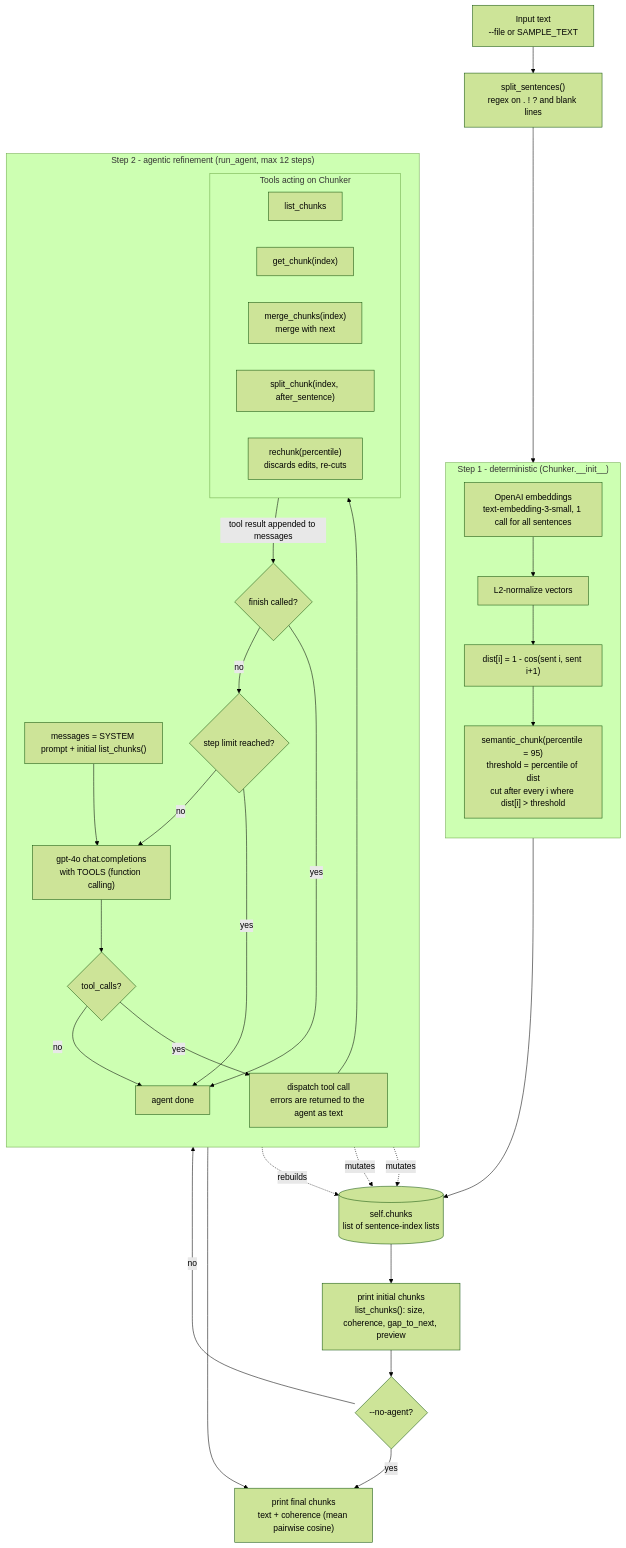
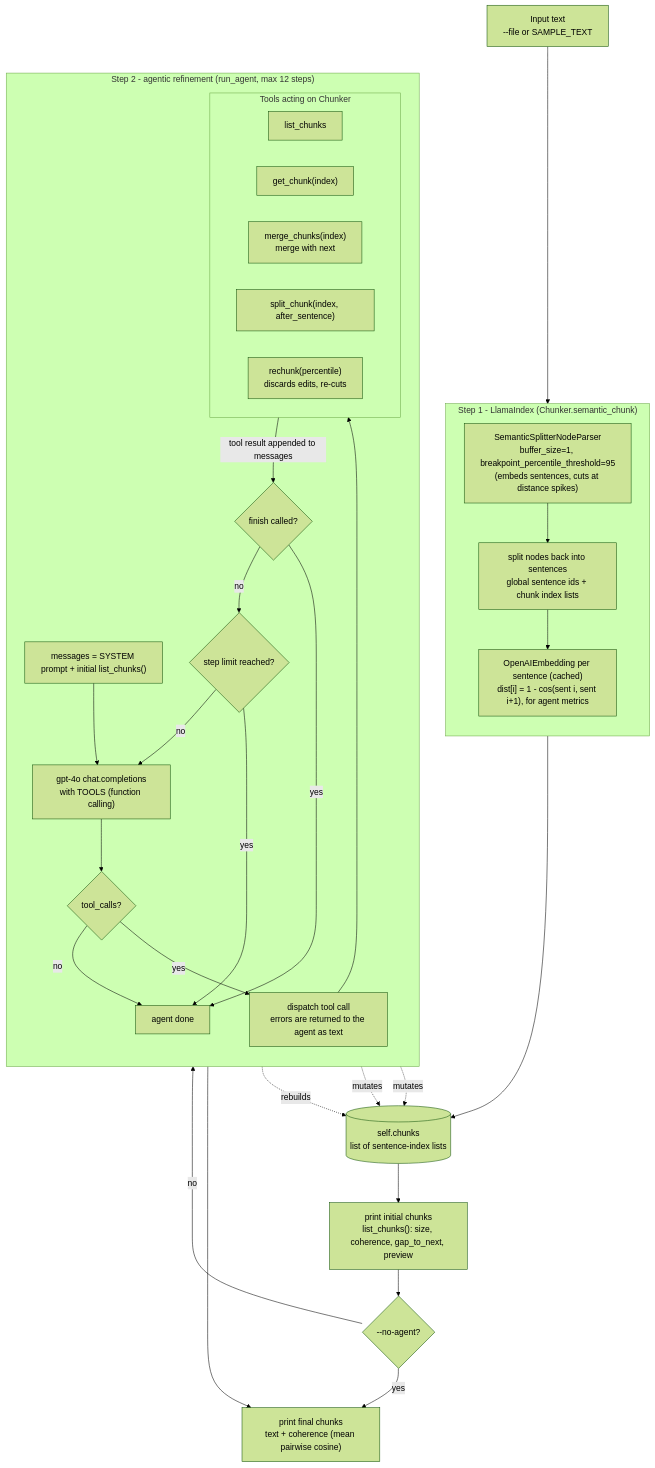
One commit to cognitive-ops/mlops-lab changed the diagram in demo/vectordb/semantic_chunking_agent.mmd. Above: the diagram before and after it, drawn with Mermaid (forest theme). The commit also changed 2 other files, not shown here.

Commit message:
feat: Update requirements and enhance semantic chunking with LlamaIndex integration

```diff
--- a/demo/vectordb/semantic_chunking_agent.mmd
+++ b/demo/vectordb/semantic_chunking_agent.mmd
@@ -1,50 +1,49 @@
 flowchart TD
-    IN["Input text<br/>--file or SAMPLE_TEXT"] --> SS["split_sentences()<br/>regex on . ! ? and blank lines"]
+    IN["Input text<br/>--file or SAMPLE_TEXT"]
 
-    subgraph INIT["Step 1 - deterministic (Chunker.__init__)"]
+    subgraph INIT["Step 1 - LlamaIndex (Chunker.semantic_chunk)"]
         direction TB
-        EMB["OpenAI embeddings<br/>text-embedding-3-small, 1 call for all sentences"]
-        NORM["L2-normalize vectors"]
-        DIST["dist[i] = 1 - cos(sent i, sent i+1)"]
-        SC["semantic_chunk(percentile = 95)<br/>threshold = percentile of dist<br/>cut after every i where dist[i] > threshold"]
-        EMB --> NORM --> DIST --> SC
+        SPL["SemanticSplitterNodeParser<br/>buffer_size=1, breakpoint_percentile_threshold=95<br/>(embeds sentences, cuts at distance spikes)"]
+        RES["split nodes back into sentences<br/>global sentence ids + chunk index lists"]
+        EMB["OpenAIEmbedding per sentence (cached)<br/>dist[i] = 1 - cos(sent i, sent i+1), for agent metrics"]
+        SPL --> RES --> EMB
     end
 
-    SS --> EMB
-    SC --> CH[("self.chunks<br/>list of sentence-index lists")]
+    IN --> SPL
+    EMB --> CH[("self.chunks<br/>list of sentence-index lists")]
     CH --> LC0["print initial chunks<br/>list_chunks(): size, coherence, gap_to_next, preview"]
     LC0 --> NA{"--no-agent?"}
     NA -- yes --> FIN
     NA -- no --> SEED
 
     subgraph AGENT["Step 2 - agentic refinement (run_agent, max 12 steps)"]
         direction TB
         SEED["messages = SYSTEM prompt + initial list_chunks()"]
         LLM["gpt-4o chat.completions<br/>with TOOLS (function calling)"]
         TC{"tool_calls?"}
         DISP["dispatch tool call<br/>errors are returned to the agent as text"]
         subgraph TOOLSET["Tools acting on Chunker"]
             direction LR
             T1["list_chunks"]
             T2["get_chunk(index)"]
             T3["merge_chunks(index)<br/>merge with next"]
             T4["split_chunk(index, after_sentence)"]
             T5["rechunk(percentile)<br/>discards edits, re-cuts"]
         end
         FN{"finish called?"}
         LIM{"step limit reached?"}
         SEED --> LLM --> TC
         TC -- no --> OUT
         TC -- yes --> DISP --> TOOLSET
         TOOLSET -- "tool result appended to messages" --> FN
         FN -- no --> LIM
         LIM -- no --> LLM
         LIM -- yes --> OUT
         FN -- yes --> OUT
     end
 
     T3 -. mutates .-> CH
     T4 -. mutates .-> CH
     T5 -. rebuilds .-> CH
     OUT["agent done"] --> FIN
     FIN["print final chunks<br/>text + coherence (mean pairwise cosine)"]
```
